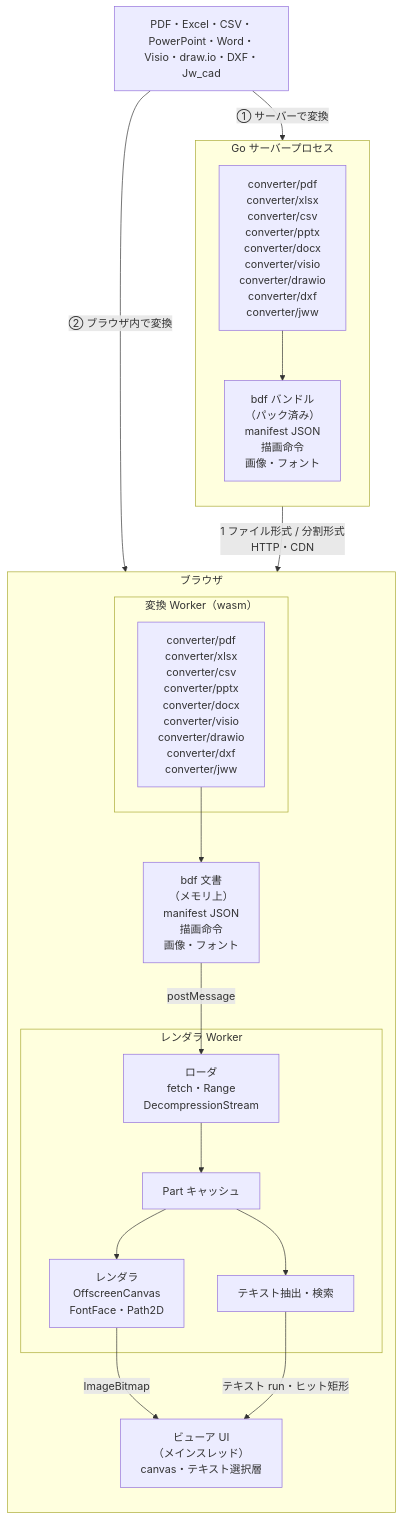
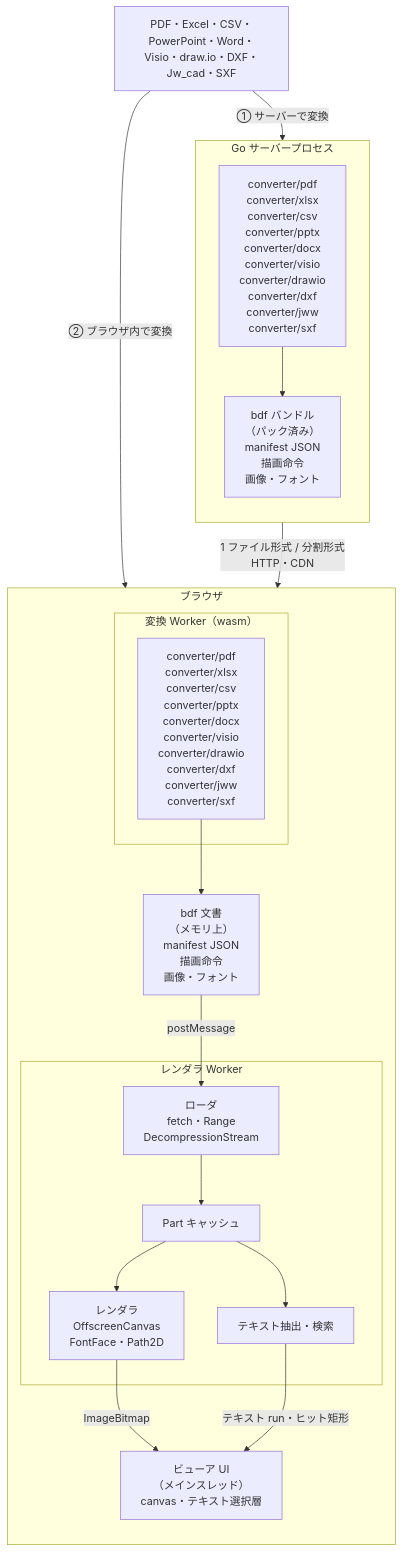
One commit to shibukawa/bdf changed the diagram in README.ja.md. Above: the diagram before and after it, drawn with Mermaid. The commit also changed other lines of this file and 32 other files, not shown here.

First line of the commit message:
Add SXF converter to BDF, reading both P21 (and P2Z) and SFC

````diff
--- a/README.ja.md
+++ b/README.ja.md
@@ -13,37 +13,37 @@
 ```mermaid
 flowchart TB
-    SRC["PDF・Excel・CSV・PowerPoint・Word・Visio・draw.io・DXF・Jw_cad"]
+    SRC["PDF・Excel・CSV・PowerPoint・Word・Visio・draw.io・DXF・Jw_cad・SXF"]
 
     subgraph SERVER["Go サーバープロセス"]
         direction TB
-        SCONV["converter/pdf<br/>converter/xlsx<br/>converter/csv<br/>converter/pptx<br/>converter/docx<br/>converter/visio<br/>converter/drawio<br/>converter/dxf<br/>converter/jww"]
+        SCONV["converter/pdf<br/>converter/xlsx<br/>converter/csv<br/>converter/pptx<br/>converter/docx<br/>converter/visio<br/>converter/drawio<br/>converter/dxf<br/>converter/jww<br/>converter/sxf"]
         BUNDLE["bdf バンドル<br/>（パック済み）<br/>manifest JSON<br/>描画命令<br/>画像・フォント"]
         SCONV --> BUNDLE
     end
 
     subgraph BROWSER["ブラウザ"]
         direction TB
         subgraph CWORKER["変換 Worker（wasm）"]
-            WCONV["converter/pdf<br/>converter/xlsx<br/>converter/csv<br/>converter/pptx<br/>converter/docx<br/>converter/visio<br/>converter/drawio<br/>converter/dxf<br/>converter/jww"]
+            WCONV["converter/pdf<br/>converter/xlsx<br/>converter/csv<br/>converter/pptx<br/>converter/docx<br/>converter/visio<br/>converter/drawio<br/>converter/dxf<br/>converter/jww<br/>converter/sxf"]
         end
         PARTS["bdf 文書<br/>（メモリ上）<br/>manifest JSON<br/>描画命令<br/>画像・フォント"]
         subgraph RWORKER["レンダラ Worker"]
             LOADER["ローダ<br/>fetch・Range<br/>DecompressionStream"]
             STORE["Part キャッシュ"]
             RENDER["レンダラ<br/>OffscreenCanvas<br/>FontFace・Path2D"]
             TEXT["テキスト抽出・検索"]
             LOADER --> STORE
             STORE --> RENDER
             STORE --> TEXT
         end
         UI["ビューア UI<br/>（メインスレッド）<br/>canvas・テキスト選択層"]
         WCONV --> PARTS
     end
 
     SRC -- "① サーバーで変換" --> SCONV
     SRC -- "② ブラウザ内で変換" --> WCONV
     BUNDLE -- "1 ファイル形式 / 分割形式<br/>HTTP・CDN" --> LOADER
     PARTS -- "postMessage" --> LOADER
     RENDER -- "ImageBitmap" --> UI
     TEXT -- "テキスト run・ヒット矩形" --> UI
 ```
````
